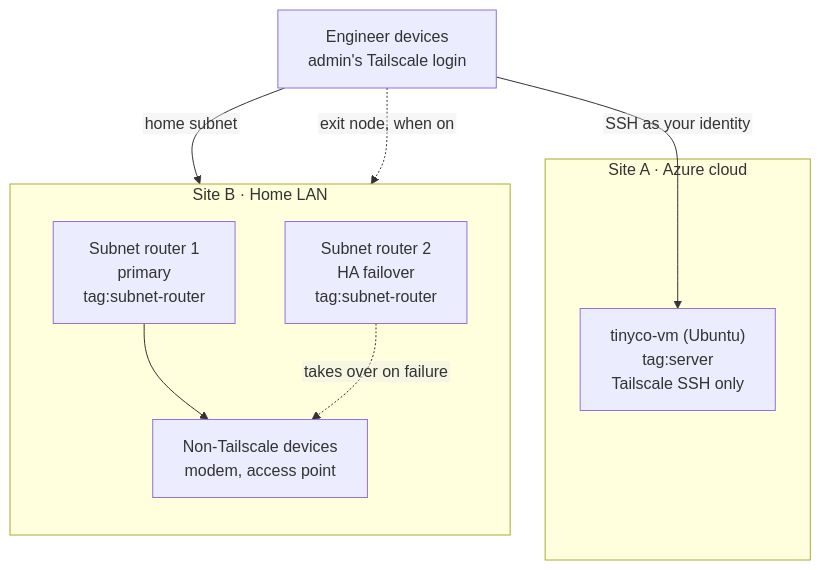
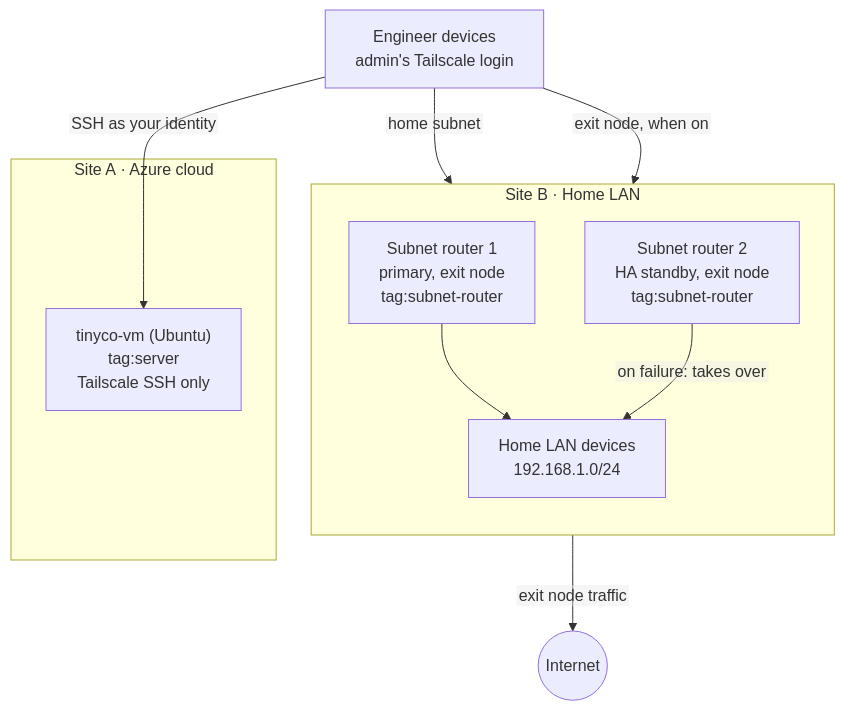
Before and after one commit to willshchang/WSHC-ZTAI-Lab: the diagram in 02-network/README.md, drawn with Mermaid. The commit also changed other lines of this file and 3 other files, not shown here.

First line of the commit message:
docs: diagrams match the code

````diff
--- a/02-network/README.md
+++ b/02-network/README.md
@@ -45,22 +45,25 @@
 ```mermaid
 %%{init: {"flowchart": {"htmlLabels": false}}}%%
 flowchart TB
     eng["Engineer devices<br/>admin's Tailscale login"]
 
     subgraph A["Site A · Azure cloud"]
         vm["tinyco-vm (Ubuntu)<br/>tag:server<br/>Tailscale SSH only"]
     end
 
     subgraph B["Site B · Home LAN"]
         direction TB
-        r1["Subnet router 1<br/>primary<br/>tag:subnet-router"]
-        r2["Subnet router 2<br/>HA failover<br/>tag:subnet-router"]
-        lan["Non-Tailscale devices<br/>modem, access point"]
+        r1["Subnet router 1<br/>primary, exit node<br/>tag:subnet-router"]
+        r2["Subnet router 2<br/>HA standby, exit node<br/>tag:subnet-router"]
+        lan["Home LAN devices<br/>192.168.1.0/24"]
     end
+
+    net(("Internet"))
 
     eng -->|"SSH as your identity"| vm
     eng -->|"home subnet"| r1
-    eng -.->|"exit node, when on"| r1
+    eng -->|"exit node, when on"| r1
     r1 --> lan
-    r2 -.->|"takes over on failure"| lan
+    r2 -->|"on failure: takes over"| lan
+    r1 -->|"exit node traffic"| net
 ```
````
